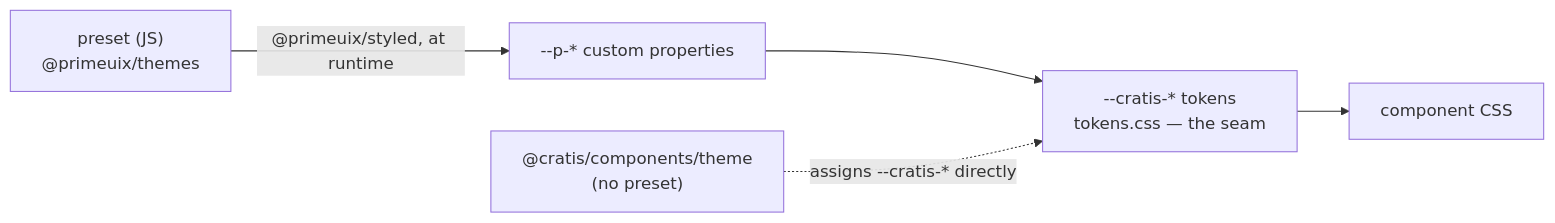
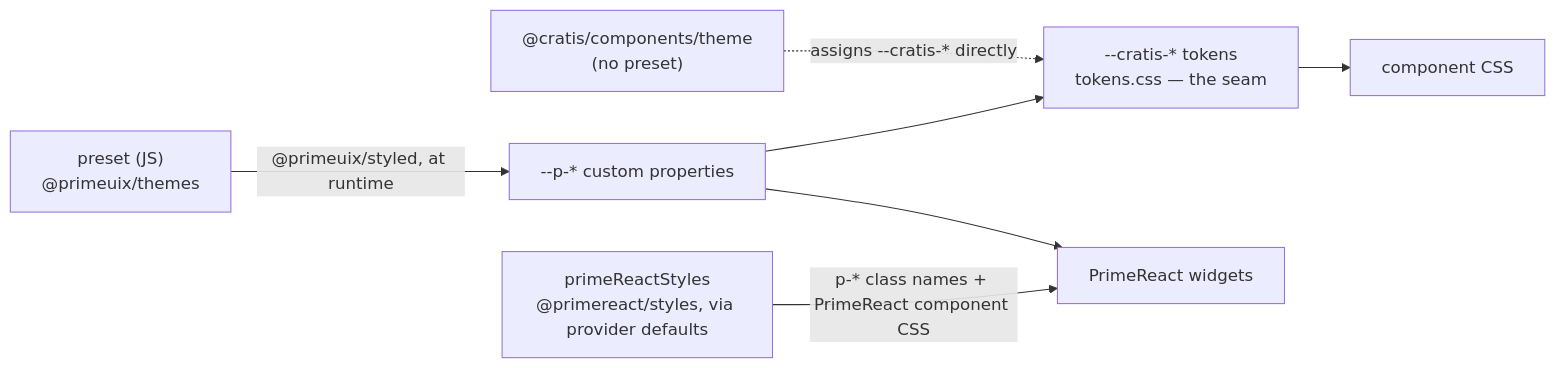
The diagram in Documentation/Styling/index.md (Cratis/Components), drawn with Mermaid before and after one commit. The commit also changed other lines of this file and 14 other files, not shown here.

First line of the commit message:
Document styled mode and the PrimeReact 10 palette

````diff
--- a/Documentation/Styling/index.md
+++ b/Documentation/Styling/index.md
@@ -53,7 +57,9 @@
 ```mermaid
 flowchart LR
     Preset["preset (JS)<br/>@primeuix/themes"] -->|"@primeuix/styled, at runtime"| P["--p-* custom properties"]
     P --> C["--cratis-* tokens<br/>tokens.css — the seam"]
     C --> CSS["component CSS"]
+    Styles["primeReactStyles<br/>@primereact/styles, via provider defaults"] -->|"p-* class names + PrimeReact component CSS"| W["PrimeReact widgets"]
+    P --> W
     Theme["@cratis/components/theme<br/>(no preset)"] -.->|"assigns --cratis-* directly"| C
 ```
````
